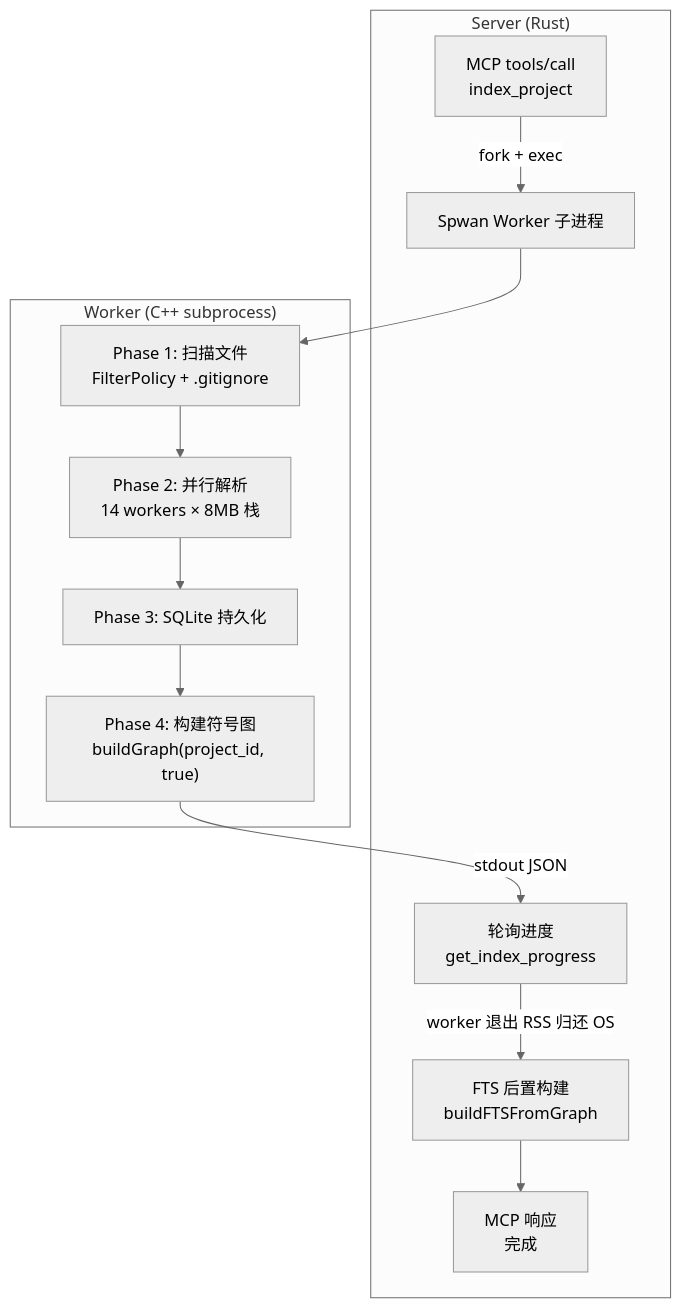
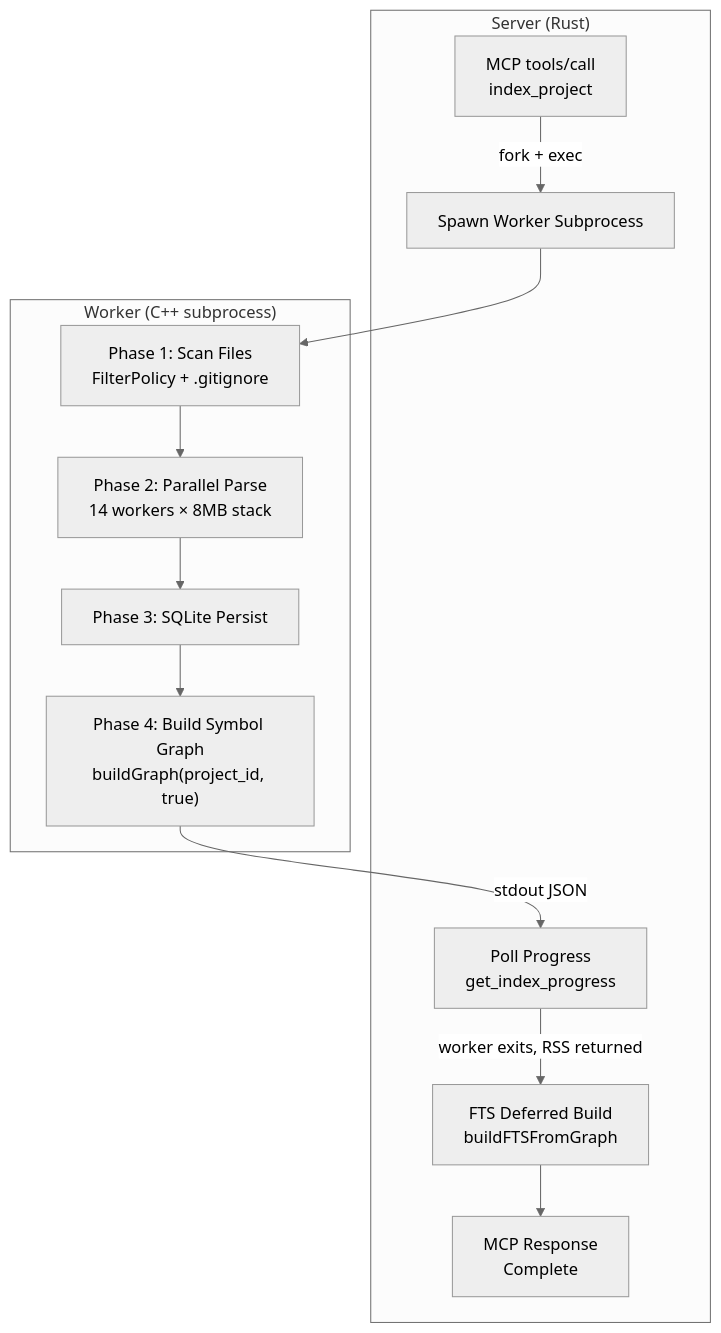
The second of 8 diagrams in docs/zh/architecture.md (Timwood0x10/CodeScope), drawn with Mermaid (neutral theme) before and after one commit. The commit also changed other lines of this file and 25 other files, not shown here.

````diff
--- a/docs/zh/architecture.md
+++ b/docs/zh/architecture.md
@@ -51,25 +58,26 @@
 ```mermaid
 flowchart TB
-    subgraph "Server (Rust)"
+    subgraph ServerProcess["Server (Rust)"]
         A["MCP tools/call<br/>index_project"]
-        B["Spwan Worker 子进程"]
-        C["轮询进度<br/>get_index_progress"]
-        D["FTS 后置构建<br/>buildFTSFromGraph"]
-        E["MCP 响应<br/>完成"]
-    end
-    subgraph "Worker (C++ subprocess)"
-        F["Phase 1: 扫描文件<br/>FilterPolicy + .gitignore"]
-        G["Phase 2: 并行解析<br/>14 workers × 8MB 栈"]
-        H["Phase 3: SQLite 持久化"]
-        I["Phase 4: 构建符号图<br/>buildGraph(project_id, true)"]
+        B["Spawn Worker Subprocess"]
+        C["Poll Progress<br/>get_index_progress"]
+        D["FTS Deferred Build<br/>buildFTSFromGraph"]
+        E["MCP Response<br/>Complete"]
     end
 
-    A -->|fork + exec| B
+    subgraph WorkerProcess["Worker (C++ subprocess)"]
+        F["Phase 1: Scan Files<br/>FilterPolicy + .gitignore"]
+        G["Phase 2: Parallel Parse<br/>14 workers × 8MB stack"]
+        H["Phase 3: SQLite Persist"]
+        I["Phase 4: Build Symbol Graph<br/>buildGraph(project_id, true)"]
+    end
+
+    A -->|"fork + exec"| B
     B --> F
     F --> G
     G --> H
     H --> I
-    I -->|stdout JSON| C
-    C -->|worker 退出 RSS 归还 OS| D
+    I -->|"stdout JSON"| C
+    C -->|"worker exits, RSS returned"| D
     D --> E
 ```
````
